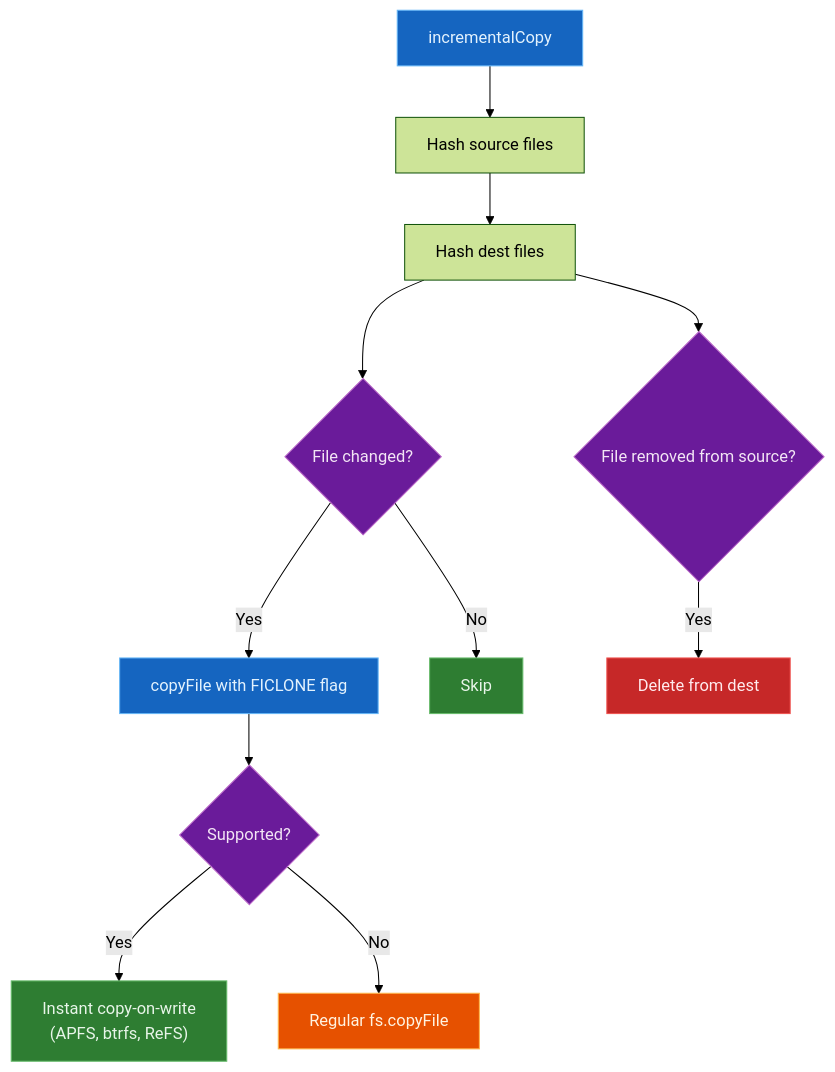
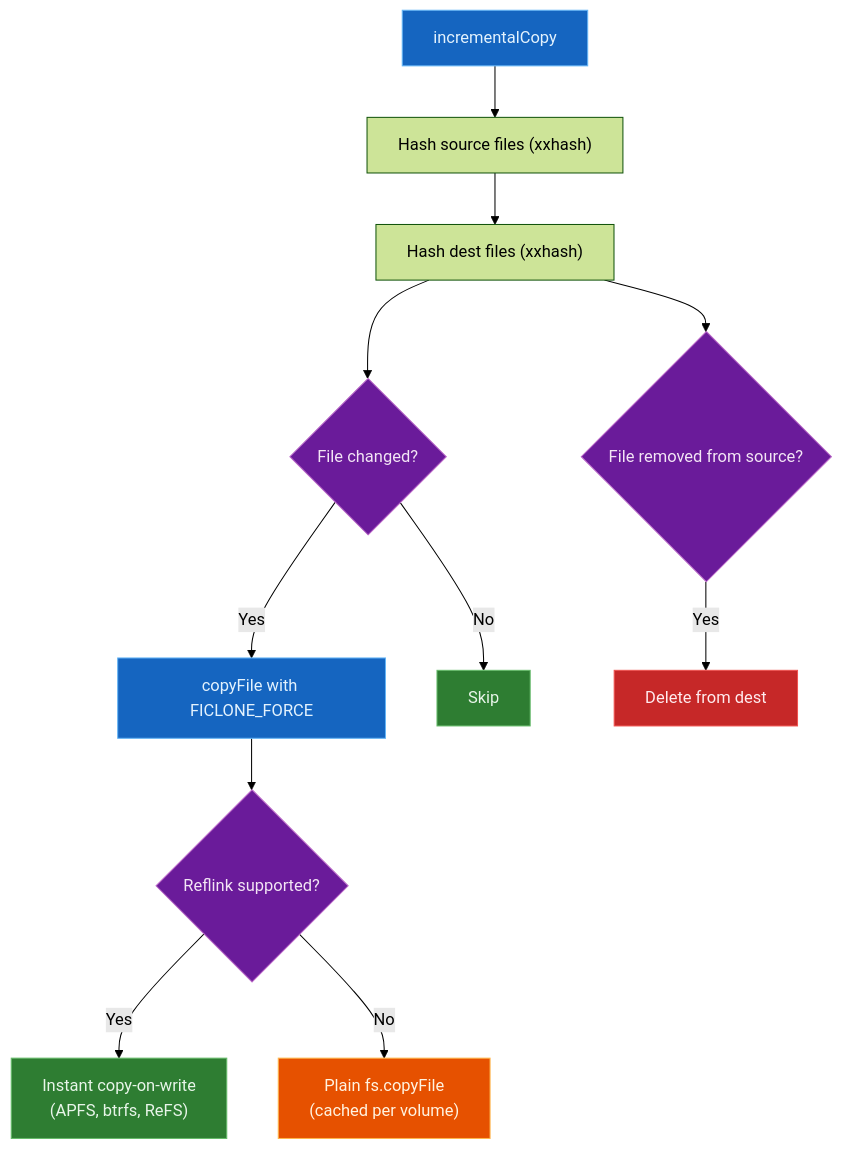
Before and after one commit to oleg-kuibar/plunk: the fifth of 5 diagrams in docs/how-it-works.md, drawn with Mermaid (forest theme). The commit also changed other lines of this file and 8 other files, not shown here.

Commit message:
docs: update for xxhash, reflink caching, and coalesce watcher

````diff
--- a/docs/how-it-works.md
+++ b/docs/how-it-works.md
@@ -167,24 +167,24 @@
 ```mermaid
 flowchart TD
-    A[copyFile with FICLONE flag] --> B{Supported?}
+    A[copyFile with FICLONE_FORCE] --> B{Reflink supported?}
     B -- Yes --> C["Instant copy-on-write<br/>(APFS, btrfs, ReFS)"]
-    B -- No --> D[Regular fs.copyFile]
+    B -- No --> D["Plain fs.copyFile<br/>(cached per volume)"]
 
-    E[incrementalCopy] --> F[Hash source files]
-    F --> G[Hash dest files]
+    E[incrementalCopy] --> F["Hash source files (xxhash)"]
+    F --> G["Hash dest files (xxhash)"]
     G --> H{File changed?}
     H -- Yes --> A
     H -- No --> I[Skip]
     G --> J{File removed from source?}
     J -- Yes --> K[Delete from dest]
 
     style A fill:#1565c0,stroke:#64b5f6,color:#e3f2fd
     style B fill:#6a1b9a,stroke:#ba68c8,color:#f3e5f5
     style C fill:#2e7d32,stroke:#66bb6a,color:#e8f5e9
     style D fill:#e65100,stroke:#ffb74d,color:#fff3e0
     style E fill:#1565c0,stroke:#64b5f6,color:#e3f2fd
     style H fill:#6a1b9a,stroke:#ba68c8,color:#f3e5f5
     style I fill:#2e7d32,stroke:#66bb6a,color:#e8f5e9
     style J fill:#6a1b9a,stroke:#ba68c8,color:#f3e5f5
     style K fill:#c62828,stroke:#ef5350,color:#ffebee
 ```
````
